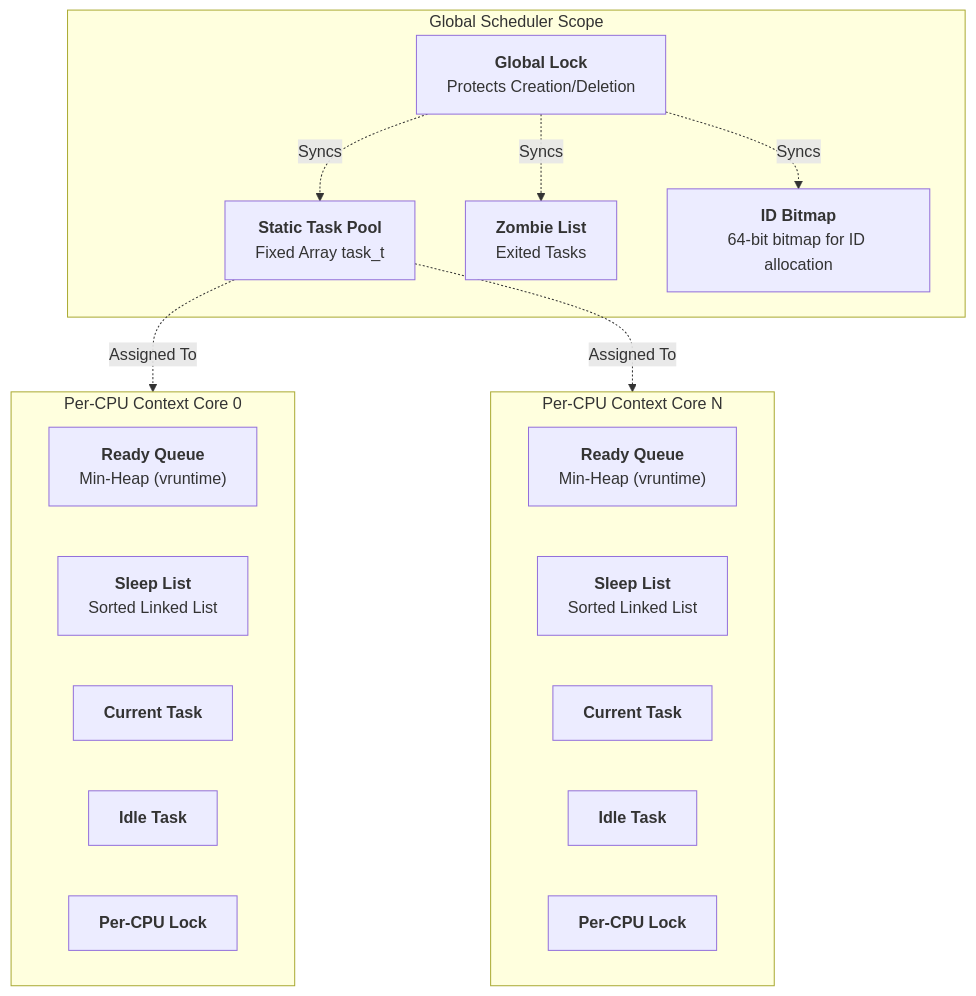
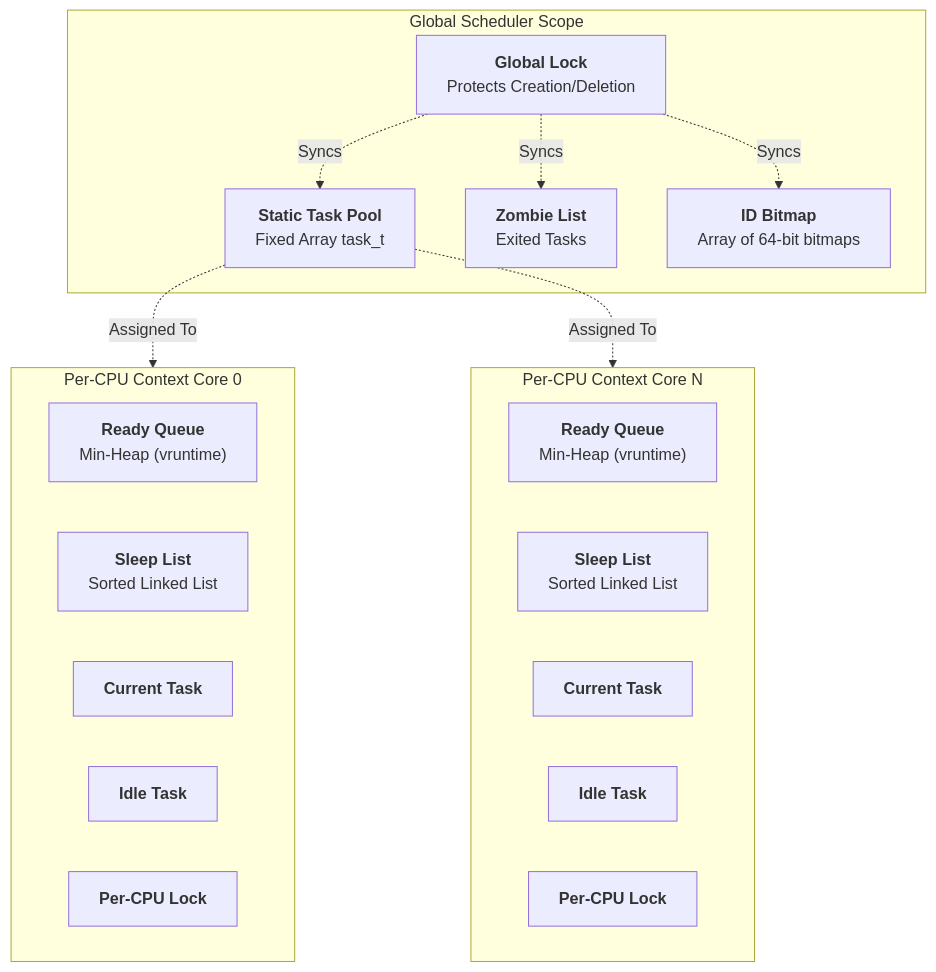
The first of 9 diagrams in docs/kernel/scheduler.md (sabarioded/soRTOS), drawn with Mermaid before and after one commit. The commit also changed other lines of this file, not shown here.

````diff
--- a/docs/kernel/scheduler.md
+++ b/docs/kernel/scheduler.md
@@ -66,32 +60,32 @@
 ```mermaid
 graph TD
     subgraph Global_Context [Global Scheduler Scope]
         TaskPool["<b>Static Task Pool</b><br/>Fixed Array task_t"]
         GlobalLock["<b>Global Lock</b><br/>Protects Creation/Deletion"]
         ZombieList["<b>Zombie List</b><br/>Exited Tasks"]
-        IDbitmap["<b>ID Bitmap</b><br/>64-bit bitmap for ID allocation"]
+        IDbitmap["<b>ID Bitmap</b><br/>Array of 64-bit bitmaps"]
     end
 
     subgraph CPU_0 [Per-CPU Context Core 0]
         Heap0["<b>Ready Queue</b><br/>Min-Heap (vruntime)"]
         Sleep0["<b>Sleep List</b><br/>Sorted Linked List"]
         Curr0["<b>Current Task</b>"]
         Idle0["<b>Idle Task</b>"]
         CPULock0["<b>Per-CPU Lock</b>"]
     end
 
     subgraph CPU_1 [Per-CPU Context Core N]
         Heap1["<b>Ready Queue</b><br/>Min-Heap (vruntime)"]
         Sleep1["<b>Sleep List</b><br/>Sorted Linked List"]
         Curr1["<b>Current Task</b>"]
         Idle1["<b>Idle Task</b>"]
         CPULock1["<b>Per-CPU Lock</b>"]
     end
 
     %% Relationships
     TaskPool -.->|Assigned To| CPU_0
     TaskPool -.->|Assigned To| CPU_1
     GlobalLock -.->|Syncs| TaskPool
     GlobalLock -.->|Syncs| ZombieList
     GlobalLock -.->|Syncs| IDbitmap
 ```
````
